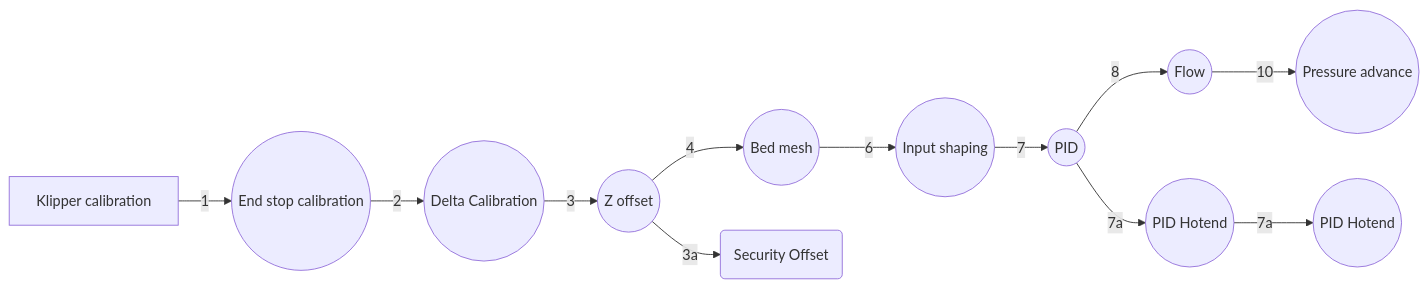
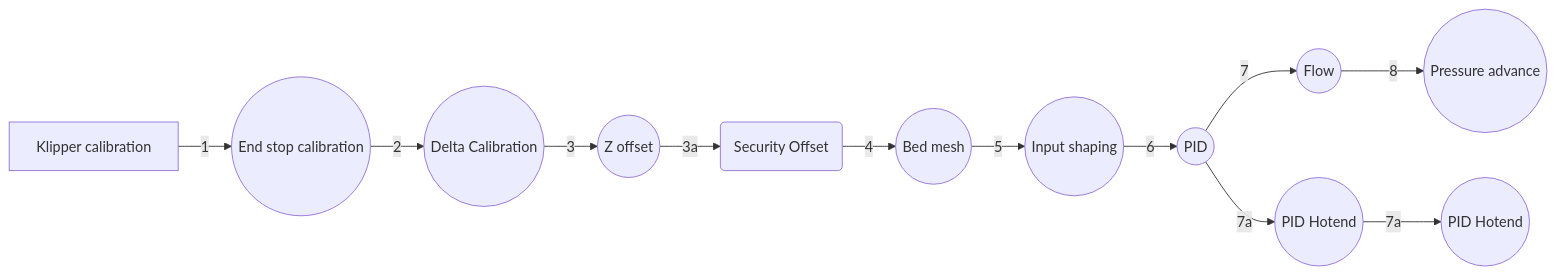
One commit to 81ondo/FLSUN-SR-Klipper changed the diagram in README.md. Above: the diagram before and after it, drawn with Mermaid.

````diff
--- a/README.md
+++ b/README.md
@@ -5,18 +5,16 @@
 ```mermaid
 graph LR
 A[Klipper calibration] 
 -- 1 --> B((End stop calibration))
 -- 2 --> C((Delta Calibration))
 -- 3 --> D((Z offset))
+D --3a --> M(Security Offset)
 -- 4 --> E((Bed mesh))
--- 6 --> F((Input shaping))
--- 7 --> X((PID))
-
--- 8 --> I((Flow))
--- 10 --> L((Pressure advance))
-D --3a --> M(Security Offset)
-
+-- 5 --> F((Input shaping))
+-- 6 --> X((PID))
+-- 7 --> I((Flow))
+-- 8 --> L((Pressure advance))
 X -- 7a --> W((PID Hotend))
  -- 7a --> Z((PID Hotend))
 
 ```
````
